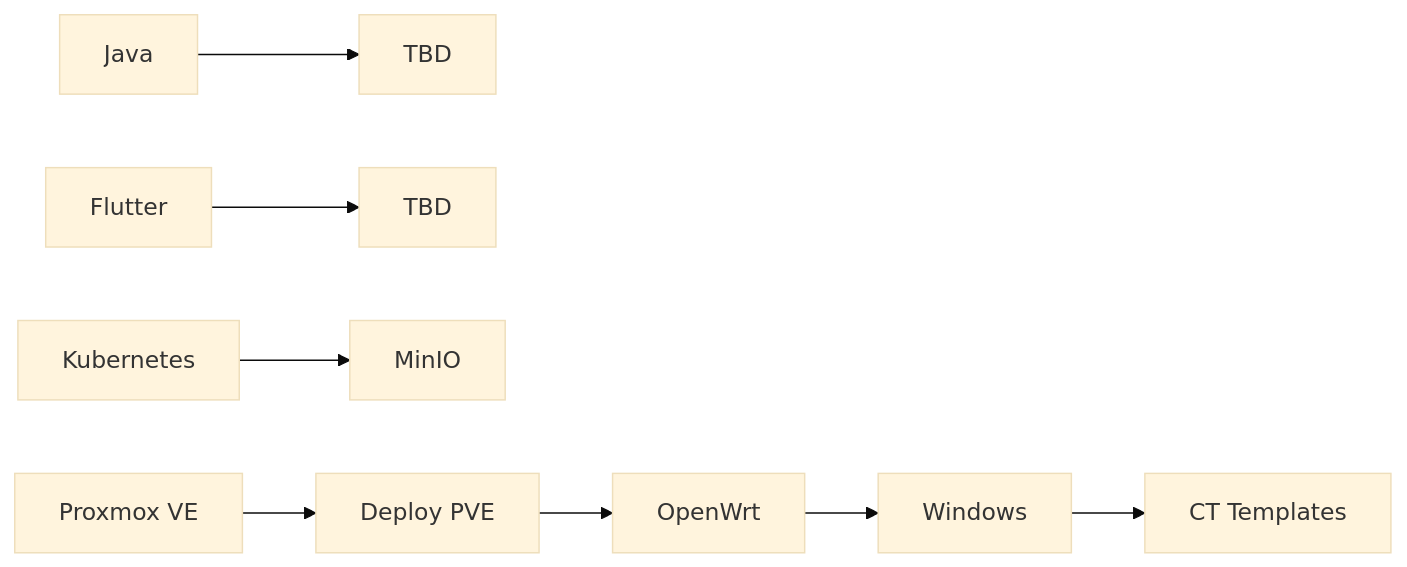
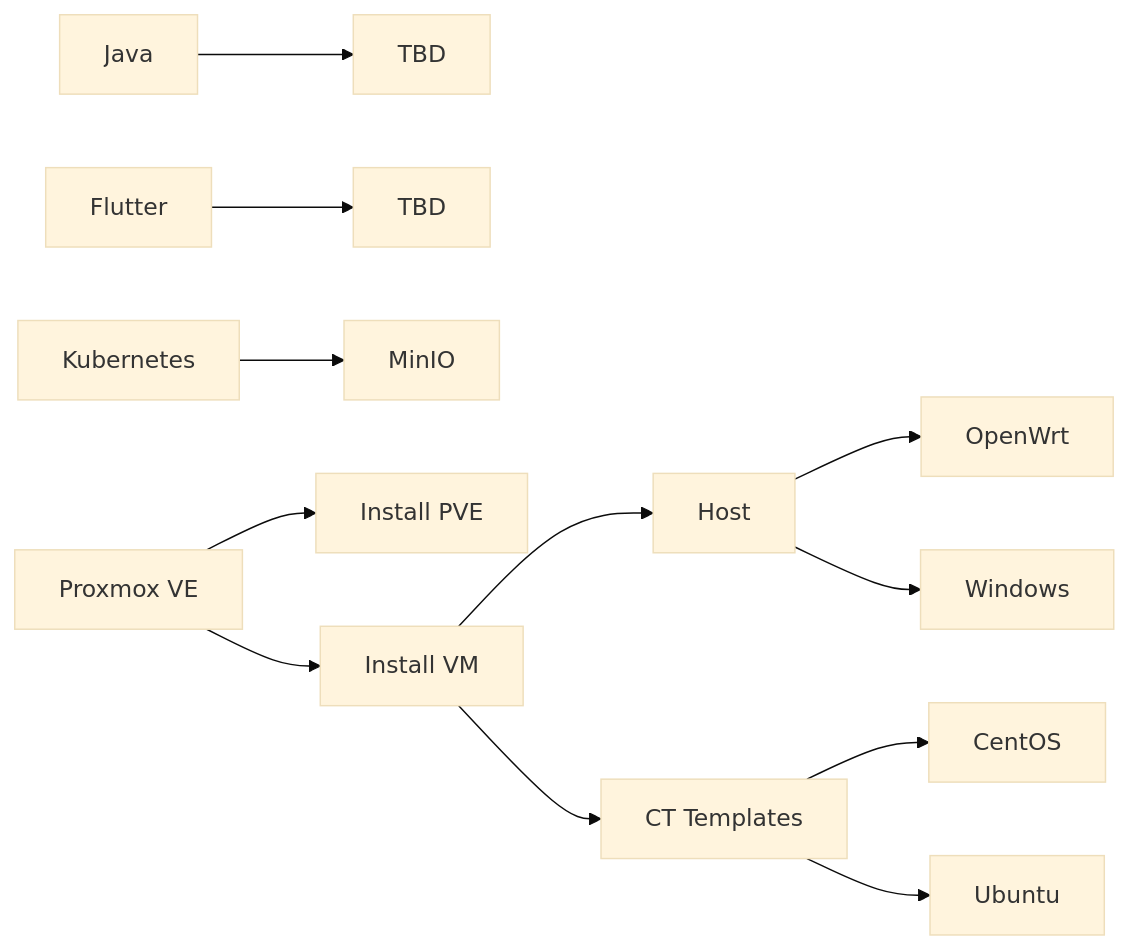
One commit to aaric/docsify-blog changed the diagram in docs/README.md. Above: the diagram before and after it, drawn with Mermaid (base theme).

Commit message:
update v1

````diff
--- a/docs/README.md
+++ b/docs/README.md
@@ -9,8 +9,15 @@
 ```mermaid
 %% 技术图谱 %%
 graph LR
     A[Java] --> A1[TBD];
     B[Flutter] --> B1[TBD];
     C[Kubernetes] --> C1[MinIO];
-    D[Proxmox VE] --> D1[Deploy PVE] --> D2[OpenWrt] --> D3[Windows] --> D4[CT Templates];
+    D[Proxmox VE] --> D1[Install PVE];
+    D --> D2[Install VM];
+    D2 --> D21[Host];
+    D21 --> D211[OpenWrt];
+    D21 --> D212[Windows];
+    D2 --> D22[CT Templates];
+    D22 -->  D221[CentOS];
+    D22 -->  D222[Ubuntu];
 ```
````
